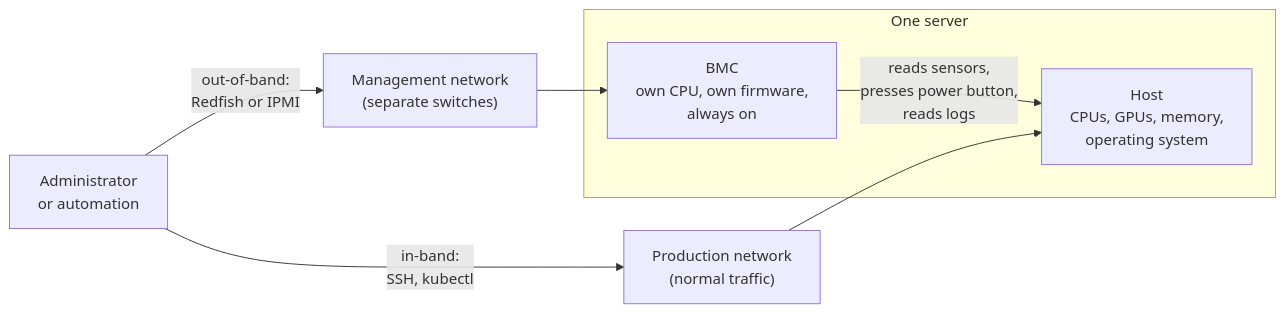
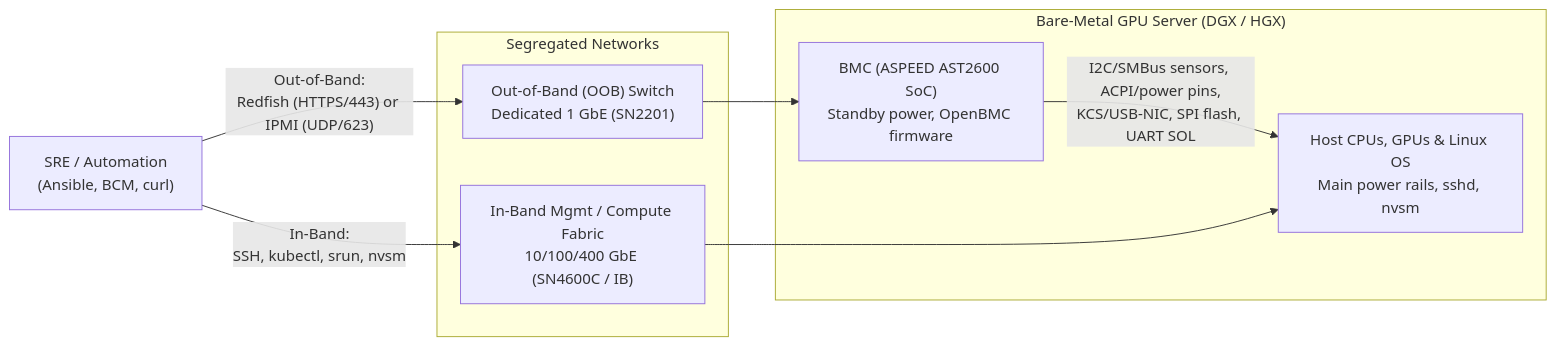
Before and after one commit to jithinpnjm/ai-infra-handbook: the first of 3 diagrams in docs/part-07-redfish-bmc/01-bmcs-ipmi-and-out-of-band-management.md, drawn with Mermaid. The commit also changed other lines of this file and 6 other files, not shown here.

Commit message:
Complete Chapter 7.1: BMCs, IPMI and out-of-band management

````diff
--- a/docs/part-07-redfish-bmc/01-bmcs-ipmi-and-out-of-band-management.md
+++ b/docs/part-07-redfish-bmc/01-bmcs-ipmi-and-out-of-band-management.md
@@ -52,15 +55,17 @@
 ```mermaid
 flowchart LR
-    ADMIN["Administrator<br/>or automation"]
-    subgraph SERVER["One server"]
-        BMC["BMC<br/>own CPU, own firmware,<br/>always on"]
-        HOST["Host<br/>CPUs, GPUs, memory,<br/>operating system"]
-        BMC -- "reads sensors,<br/>presses power button,<br/>reads logs" --> HOST
+    ADMIN["SRE / Automation<br/>(Ansible, BCM, curl)"]
+    subgraph NETWORKS["Segregated Networks"]
+        OOB["Out-of-Band (OOB) Switch<br/>Dedicated 1 GbE (SN2201)"]
+        PROD["In-Band Mgmt / Compute Fabric<br/>10/100/400 GbE (SN4600C / IB)"]
     end
-    MGMT["Management network<br/>(separate switches)"]
-    PROD["Production network<br/>(normal traffic)"]
-    ADMIN -->|"out-of-band:<br/>Redfish or IPMI"| MGMT
-    MGMT --> BMC
-    ADMIN -->|"in-band:<br/>SSH, kubectl"| PROD
+    subgraph SERVER["Bare-Metal GPU Server (DGX / HGX)"]
+        BMC["BMC (ASPEED AST2600 SoC)<br/>Standby power, OpenBMC firmware"]
+        HOST["Host CPUs, GPUs & Linux OS<br/>Main power rails, sshd, nvsm"]
+        BMC -- "I2C/SMBus sensors, ACPI/power pins,<br/>KCS/USB-NIC, SPI flash, UART SOL" --> HOST
+    end
+    ADMIN -->|"Out-of-Band:<br/>Redfish (HTTPS/443) or IPMI (UDP/623)"| OOB
+    OOB --> BMC
+    ADMIN -->|"In-Band:<br/>SSH, kubectl, srun, nvsm"| PROD
     PROD --> HOST
 ```
````
